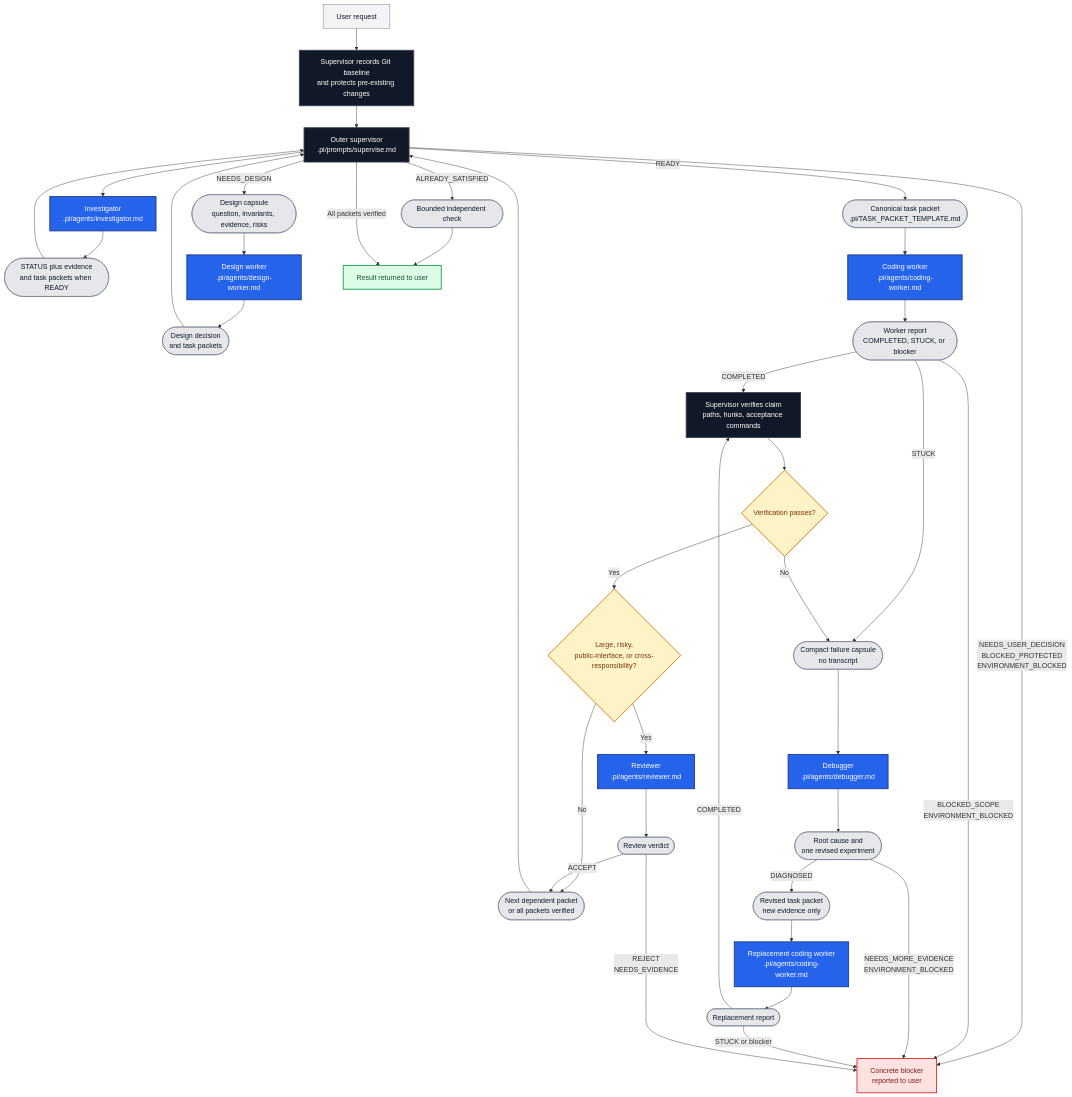
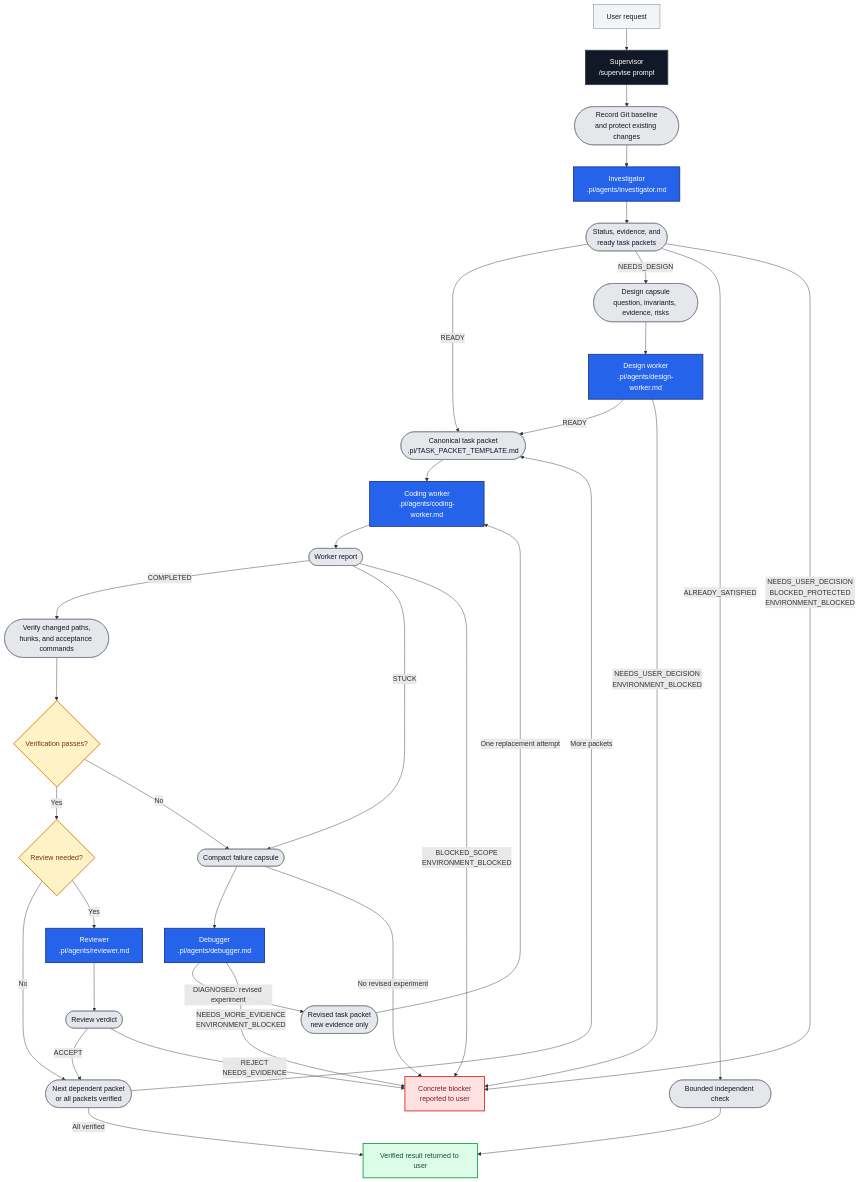
One commit to nobody-qwert/pi_agents changed the diagram in README.md. Above: the diagram before and after it, drawn with Mermaid.

````diff
--- a/README.md
+++ b/README.md
@@ -24,63 +24,56 @@
 ```mermaid
 graph TB
-    U["User request"] --> B["Supervisor records Git baseline<br/>and protects pre-existing changes"]
-    B --> S["Outer supervisor<br/>.pi/prompts/supervise.md"]
+    U["User request"] --> S["Supervisor<br/>/supervise prompt"]
+    S --> B(["Record Git baseline<br/>and protect existing changes"])
+    B --> I["Investigator<br/>.pi/agents/investigator.md"]
+    I --> IR(["Status, evidence, and<br/>ready task packets"])
 
-    S --> I["Investigator<br/>.pi/agents/investigator.md"]
-    I --> IR(["STATUS plus evidence<br/>and task packets when READY"])
-    IR --> S
+    IR -->|READY| P(["Canonical task packet<br/>.pi/TASK_PACKET_TEMPLATE.md"])
+    IR -->|NEEDS_DESIGN| DC(["Design capsule<br/>question, invariants, evidence, risks"])
+    DC --> DW["Design worker<br/>.pi/agents/design-worker.md"]
+    DW -->|READY| P
 
-    S -->|NEEDS_DESIGN| DC(["Design capsule<br/>question, invariants, evidence, risks"])
-    DC --> DW["Design worker<br/>.pi/agents/design-worker.md"]
-    DW --> DR(["Design decision<br/>and task packets"])
-    DR --> S
-
-    S -->|READY| P(["Canonical task packet<br/>.pi/TASK_PACKET_TEMPLATE.md"])
     P --> CW["Coding worker<br/>.pi/agents/coding-worker.md"]
-    CW --> WR(["Worker report<br/>COMPLETED, STUCK, or blocker"])
-
-    WR -->|COMPLETED| V["Supervisor verifies claim<br/>paths, hunks, acceptance commands"]
+    CW --> WR(["Worker report"])
+    WR -->|COMPLETED| V(["Verify changed paths,<br/>hunks, and acceptance commands"])
     V --> Q{Verification passes?}
-    Q -->|Yes| RQ{Large, risky,<br/>public-interface, or cross-responsibility?}
+    Q -->|Yes| RQ{Review needed?}
+    RQ -->|No| NP(["Next dependent packet<br/>or all packets verified"])
     RQ -->|Yes| RV["Reviewer<br/>.pi/agents/reviewer.md"]
     RV --> RVR(["Review verdict"])
-    RQ -->|No| NP(["Next dependent packet<br/>or all packets verified"])
-    NP --> S
+    RVR -->|ACCEPT| NP
 
-    WR -->|STUCK| FC(["Compact failure capsule<br/>no transcript"])
+    WR -->|STUCK| FC(["Compact failure capsule"])
     Q -->|No| FC
     FC --> D["Debugger<br/>.pi/agents/debugger.md"]
-    D --> DG(["Root cause and<br/>one revised experiment"])
-    DG -->|DIAGNOSED| RP(["Revised task packet<br/>new evidence only"])
-    RP --> RCW["Replacement coding worker<br/>.pi/agents/coding-worker.md"]
-    RCW --> RR(["Replacement report"])
-    RR -->|COMPLETED| V
+    D -->|DIAGNOSED: revised experiment| RP(["Revised task packet<br/>new evidence only"])
+    RP -->|One replacement attempt| CW
 
-    S -->|ALREADY_SATISFIED| AS(["Bounded independent check"])
-    AS --> O["Result returned to user"]
+    IR -->|ALREADY_SATISFIED| AS(["Bounded independent check"])
+    AS --> O["Verified result returned to user"]
+    NP -->|More packets| P
+    NP -->|All verified| O
 
-    S -->|NEEDS_USER_DECISION<br/>BLOCKED_PROTECTED<br/>ENVIRONMENT_BLOCKED| BL["Concrete blocker<br/>reported to user"]
+    IR -->|NEEDS_USER_DECISION<br/>BLOCKED_PROTECTED<br/>ENVIRONMENT_BLOCKED| BL["Concrete blocker<br/>reported to user"]
+    DW -->|NEEDS_USER_DECISION<br/>ENVIRONMENT_BLOCKED| BL
     WR -->|BLOCKED_SCOPE<br/>ENVIRONMENT_BLOCKED| BL
-    DG -->|NEEDS_MORE_EVIDENCE<br/>ENVIRONMENT_BLOCKED| BL
-    RR -->|STUCK or blocker| BL
-    RVR -->|ACCEPT| NP
+    D -->|NEEDS_MORE_EVIDENCE<br/>ENVIRONMENT_BLOCKED| BL
     RVR -->|REJECT<br/>NEEDS_EVIDENCE| BL
-
-    S -->|All packets verified| O
+    FC -->|No revised experiment| BL
 
     classDef agent fill:#2563eb,color:#ffffff,stroke:#1e3a8a,stroke-width:2px
     classDef supervisor fill:#111827,color:#ffffff,stroke:#374151,stroke-width:2px
     classDef handoff fill:#e5e7eb,color:#111827,stroke:#6b7280,stroke-width:1px
     classDef decision fill:#fef3c7,color:#78350f,stroke:#d97706,stroke-width:2px
     classDef input fill:#f3f4f6,color:#111827,stroke:#6b7280,stroke-width:1px
     classDef outcome fill:#dcfce7,color:#14532d,stroke:#16a34a,stroke-width:2px
     classDef blocker fill:#fee2e2,color:#7f1d1d,stroke:#dc2626,stroke-width:2px
 
-    class I,DW,CW,D,RV,RCW agent
-    class S,B,V supervisor
-    class IR,DC,DR,P,WR,NP,FC,DG,RP,RR,AS,RVR handoff
+    class I,DW,CW,D,RV agent
+    class S supervisor
+    class B,IR,DC,P,WR,V,NP,FC,RP,AS,RVR handoff
     class Q,RQ decision
     class U input
     class O outcome
     class BL blocker
 ```
````
